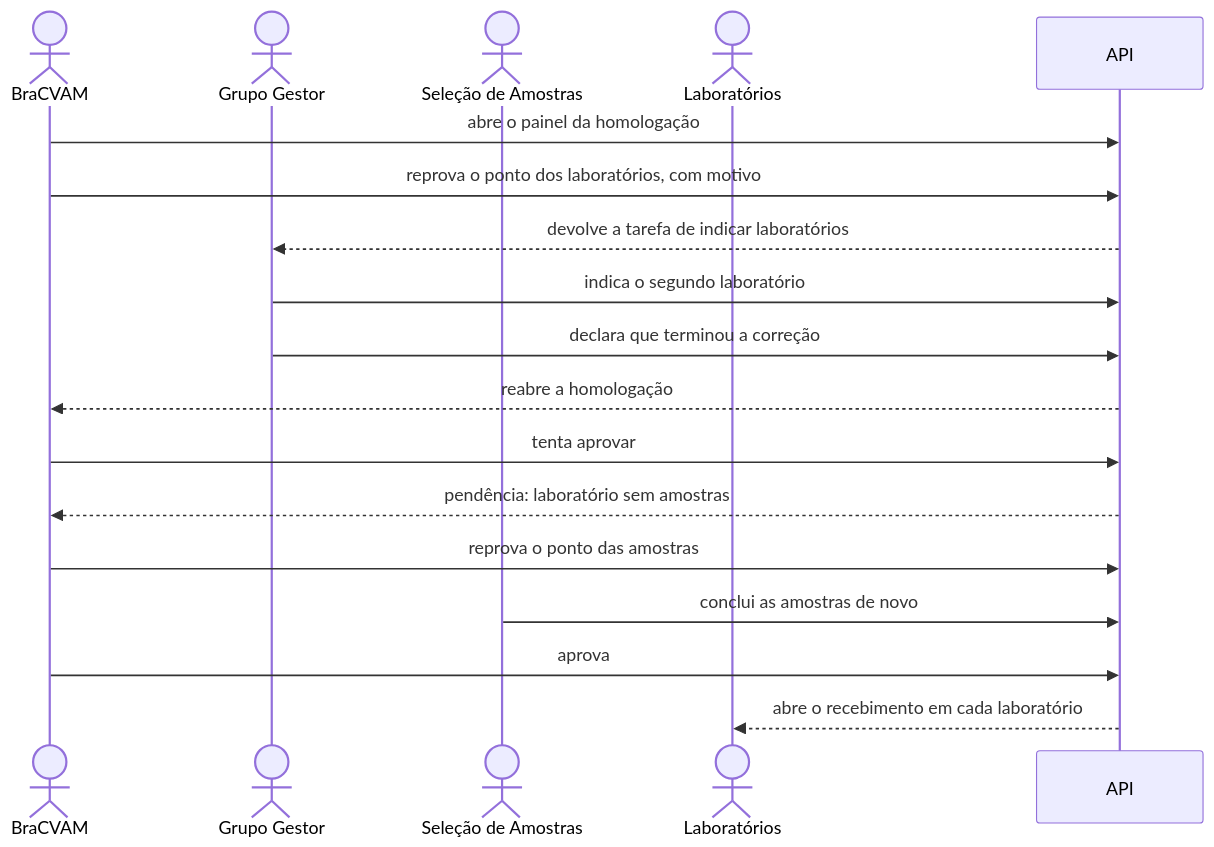
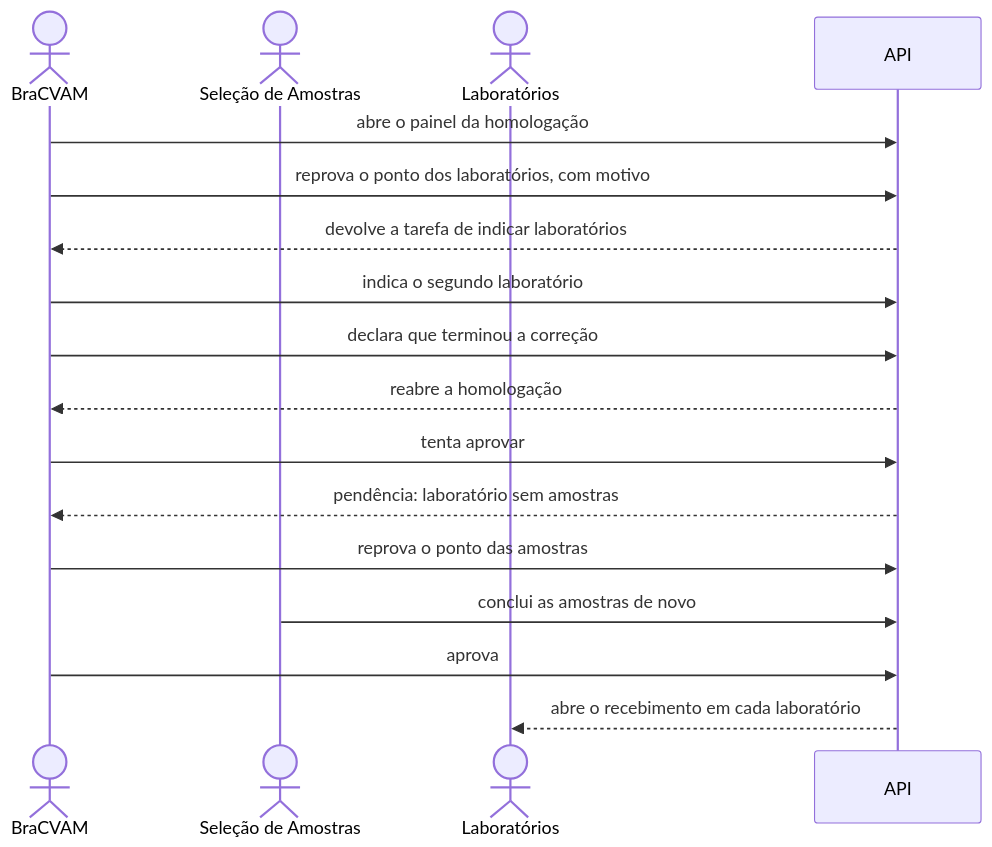
One commit to pivma-bracvam/pivma-back changed the diagram in manual/tutorial/homologacao-da-estrutura.md. Above: the diagram before and after it, drawn with Mermaid. The commit also changed other lines of this file and 35 other files, not shown here.

````diff
--- a/manual/tutorial/homologacao-da-estrutura.md
+++ b/manual/tutorial/homologacao-da-estrutura.md
@@ -10,20 +10,19 @@
 ```mermaid
 sequenceDiagram
     actor B as BraCVAM
-    actor G as Grupo Gestor
     actor S as Seleção de Amostras
     actor L as Laboratórios
     participant API
     B->>API: abre o painel da homologação
     B->>API: reprova o ponto dos laboratórios, com motivo
-    API-->>G: devolve a tarefa de indicar laboratórios
-    G->>API: indica o segundo laboratório
-    G->>API: declara que terminou a correção
+    API-->>B: devolve a tarefa de indicar laboratórios
+    B->>API: indica o segundo laboratório
+    B->>API: declara que terminou a correção
     API-->>B: reabre a homologação
     B->>API: tenta aprovar
     API-->>B: pendência: laboratório sem amostras
     B->>API: reprova o ponto das amostras
     S->>API: conclui as amostras de novo
     B->>API: aprova
     API-->>L: abre o recebimento em cada laboratório
 ```
````
